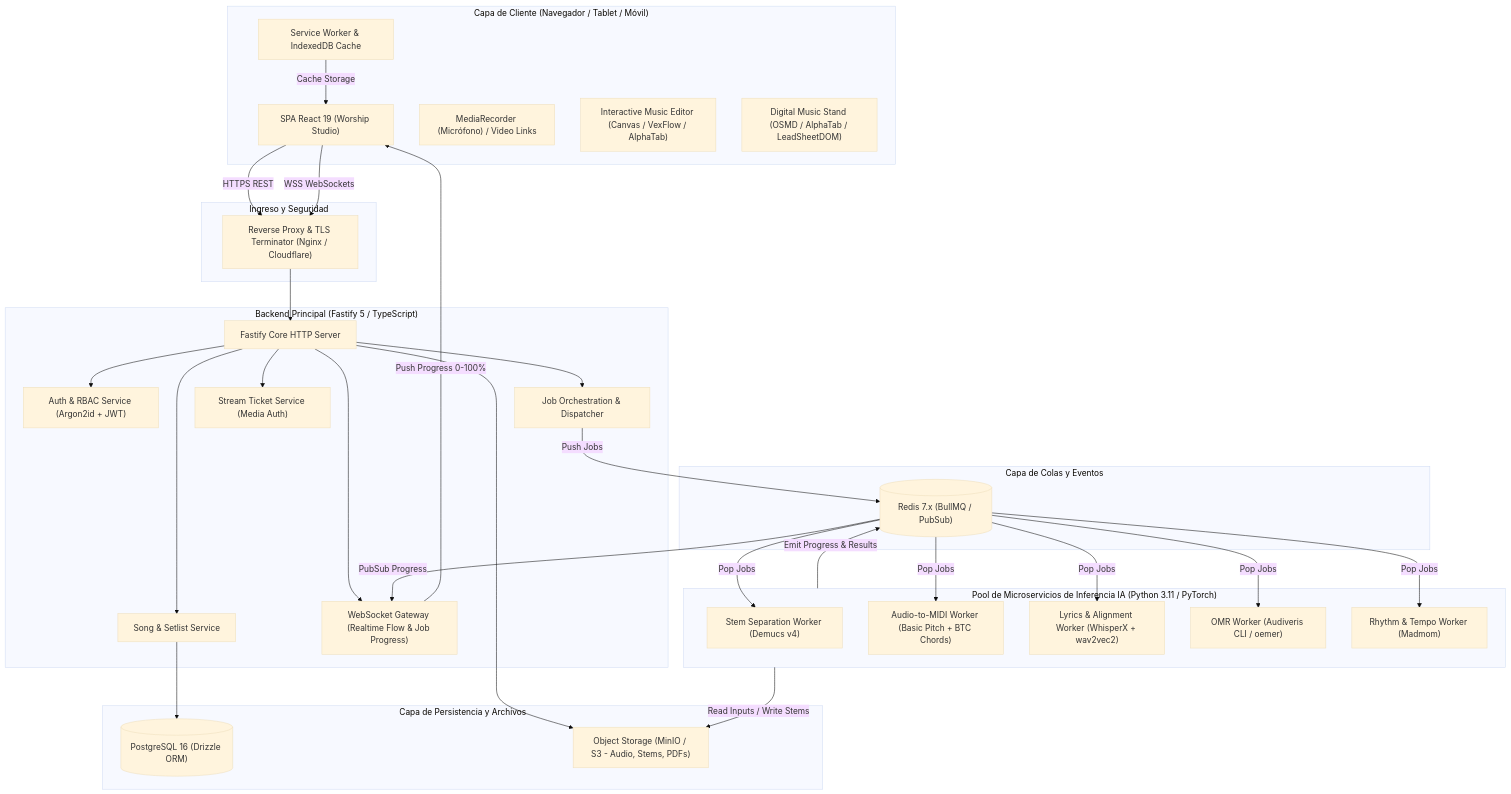
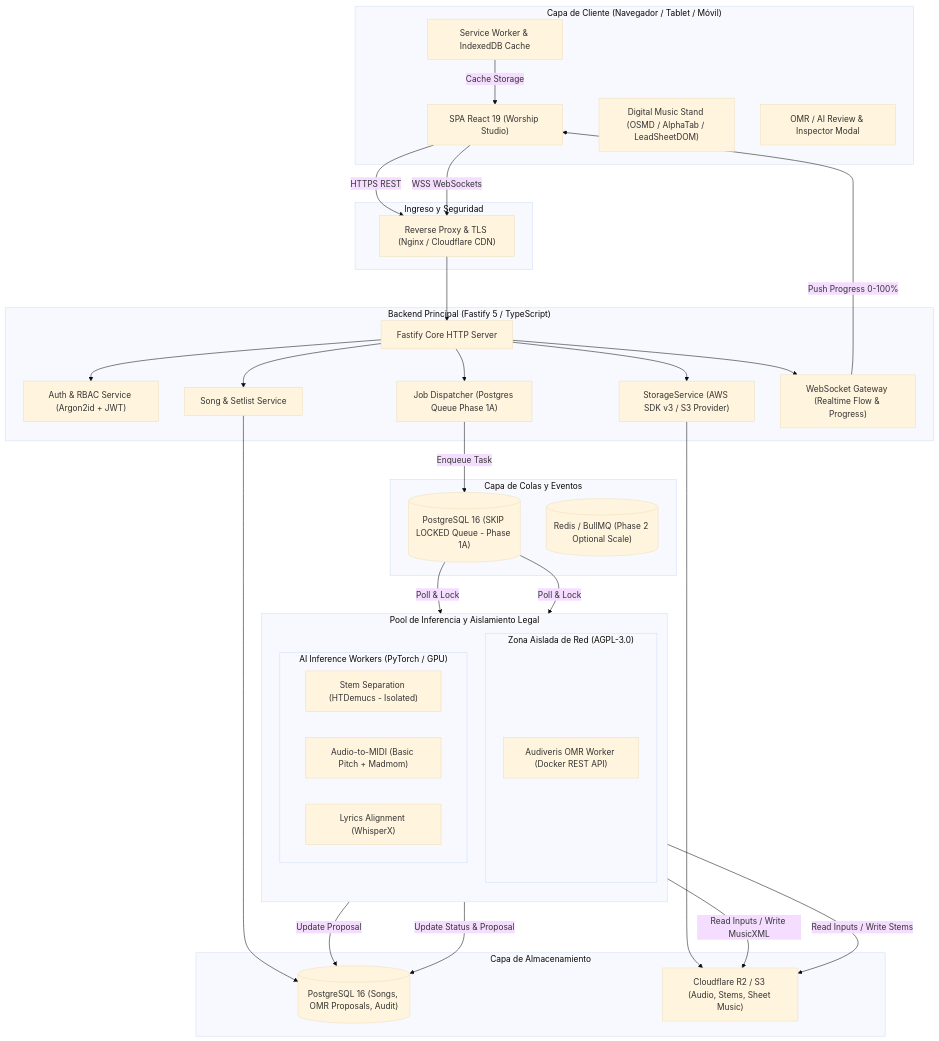
One commit to juancastro2381-hub/BETHESDA-WORSHIP-STUDIO changed the first of 2 diagrams in docs/reports/WS_AI_MUSIC_PLATFORM_TARGET_ARCHITECTURE.md. Above: the diagram before and after it, drawn with Mermaid (base theme). The commit also changed other lines of this file and 8 other files, not shown here.

Commit message:
PHASE 0A: INDEPENDENT AUDIT REMEDIATION & FINAL ARCHITECTURE VALIDATION

````diff
--- a/docs/reports/WS_AI_MUSIC_PLATFORM_TARGET_ARCHITECTURE.md
+++ b/docs/reports/WS_AI_MUSIC_PLATFORM_TARGET_ARCHITECTURE.md
@@ -23,65 +28,68 @@
 ```mermaid
 flowchart TB
     subgraph ClientLayer ["Capa de Cliente (Navegador / Tablet / Móvil)"]
         SPA["SPA React 19 (Worship Studio)"]
-        WREC["MediaRecorder (Micrófono) / Video Links"]
-        MEDIT["Interactive Music Editor (Canvas / VexFlow / AlphaTab)"]
         STAND["Digital Music Stand (OSMD / AlphaTab / LeadSheetDOM)"]
+        INSPECT["OMR / AI Review & Inspector Modal"]
         SW["Service Worker & IndexedDB Cache"]
     end
 
     subgraph IngressLayer ["Ingreso y Seguridad"]
-        APIGW["Reverse Proxy & TLS Terminator (Nginx / Cloudflare)"]
+        APIGW["Reverse Proxy & TLS (Nginx / Cloudflare CDN)"]
     end
 
     subgraph CoreBackend ["Backend Principal (Fastify 5 / TypeScript)"]
         FASTIFY["Fastify Core HTTP Server"]
         AUTH_SVC["Auth & RBAC Service (Argon2id + JWT)"]
         SONG_SVC["Song & Setlist Service"]
-        JOB_ORCH["Job Orchestration & Dispatcher"]
-        TICKET_SVC["Stream Ticket Service (Media Auth)"]
-        WS_GATEWAY["WebSocket Gateway (Realtime Flow & Job Progress)"]
+        JOB_ORCH["Job Dispatcher (Postgres Queue Phase 1A)"]
+        STORAGE_MOD["StorageService (AWS SDK v3 / S3 Provider)"]
+        WS_GATEWAY["WebSocket Gateway (Realtime Flow & Progress)"]
     end
 
     subgraph QueueLayer ["Capa de Colas y Eventos"]
-        REDIS[("Redis 7.x (BullMQ / PubSub)")]
+        PG_QUEUE[("PostgreSQL 16 (SKIP LOCKED Queue - Phase 1A)")]
+        BULL_QUEUE[("Redis / BullMQ (Phase 2 Optional Scale)")]
     end
 
-    subgraph AiWorkerPool ["Pool de Microservicios de Inferencia IA (Python 3.11 / PyTorch)"]
-        SEP_WORKER["Stem Separation Worker (Demucs v4)"]
-        TRANS_WORKER["Audio-to-MIDI Worker (Basic Pitch + BTC Chords)"]
-        VOICE_WORKER["Lyrics & Alignment Worker (WhisperX + wav2vec2)"]
-        OMR_WORKER["OMR Worker (Audiveris CLI / oemer)"]
-        BEAT_WORKER["Rhythm & Tempo Worker (Madmom)"]
+    subgraph StorageLayer ["Capa de Almacenamiento"]
+        POSTGRES[("PostgreSQL 16 (Songs, OMR Proposals, Audit)")]
+        R2_STORAGE["Cloudflare R2 / S3 (Audio, Stems, Sheet Music)"]
     end
 
-    subgraph StorageLayer ["Capa de Persistencia y Archivos"]
-        POSTGRES[("PostgreSQL 16 (Drizzle ORM)")]
-        MINIO["Object Storage (MinIO / S3 - Audio, Stems, PDFs)"]
+    subgraph IsolatedWorkers ["Pool de Inferencia y Aislamiento Legal"]
+        direction TB
+        subgraph AgplBoundary ["Zona Aislada de Red (AGPL-3.0)"]
+            AUDIVERIS_SRV["Audiveris OMR Worker (Docker REST API)"]
+        end
+        subgraph PythonAiPool ["AI Inference Workers (PyTorch / GPU)"]
+            STEM_WORKER["Stem Separation (HTDemucs - Isolated)"]
+            TRANS_WORKER["Audio-to-MIDI (Basic Pitch + Madmom)"]
+            VOICE_WORKER["Lyrics Alignment (WhisperX)"]
+        end
     end
 
     SPA -->|HTTPS REST| APIGW
     SPA -->|WSS WebSockets| APIGW
     APIGW --> FASTIFY
     FASTIFY --> AUTH_SVC
     FASTIFY --> SONG_SVC
     FASTIFY --> JOB_ORCH
-    FASTIFY --> TICKET_SVC
+    FASTIFY --> STORAGE_MOD
     FASTIFY --> WS_GATEWAY
 
-    JOB_ORCH -->|Push Jobs| REDIS
-    REDIS -->|Pop Jobs| SEP_WORKER
-    REDIS -->|Pop Jobs| TRANS_WORKER
-    REDIS -->|Pop Jobs| VOICE_WORKER
-    REDIS -->|Pop Jobs| OMR_WORKER
-    REDIS -->|Pop Jobs| BEAT_WORKER
+    JOB_ORCH -->|Enqueue Task| PG_QUEUE
+    PG_QUEUE -->|Poll & Lock| PythonAiPool
+    PG_QUEUE -->|Poll & Lock| AUDIVERIS_SRV
 
-    AiWorkerPool -->|Emit Progress & Results| REDIS
-    REDIS -->|PubSub Progress| WS_GATEWAY
+    PythonAiPool -->|Read Inputs / Write Stems| R2_STORAGE
+    AUDIVERIS_SRV -->|Read Inputs / Write MusicXML| R2_STORAGE
+
+    PythonAiPool -->|Update Status & Proposal| POSTGRES
+    AUDIVERIS_SRV -->|Update Proposal| POSTGRES
+    STORAGE_MOD --> R2_STORAGE
+
     WS_GATEWAY -->|Push Progress 0-100%| SPA
-
     SONG_SVC --> POSTGRES
-    FASTIFY --> MINIO
-    AiWorkerPool -->|Read Inputs / Write Stems| MINIO
     SW -->|Cache Storage| SPA
 ```
````
